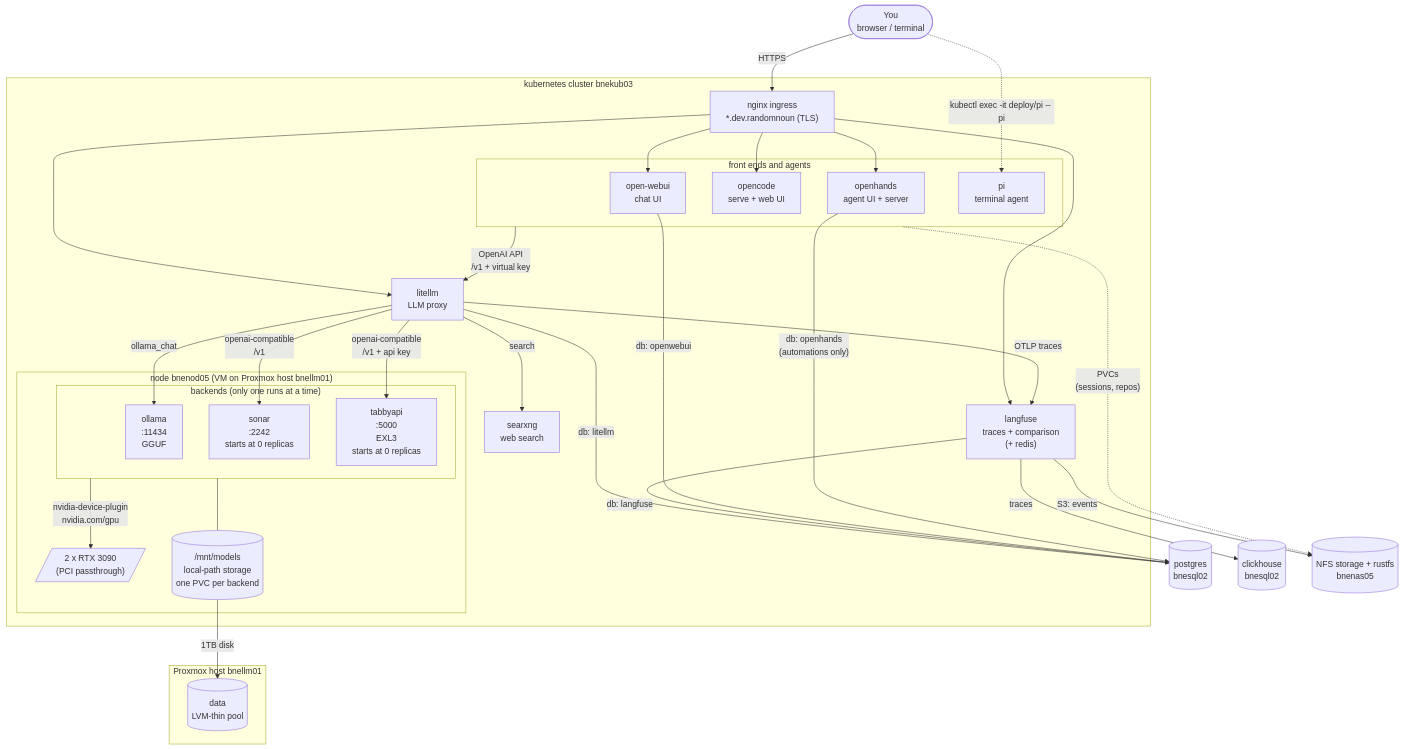
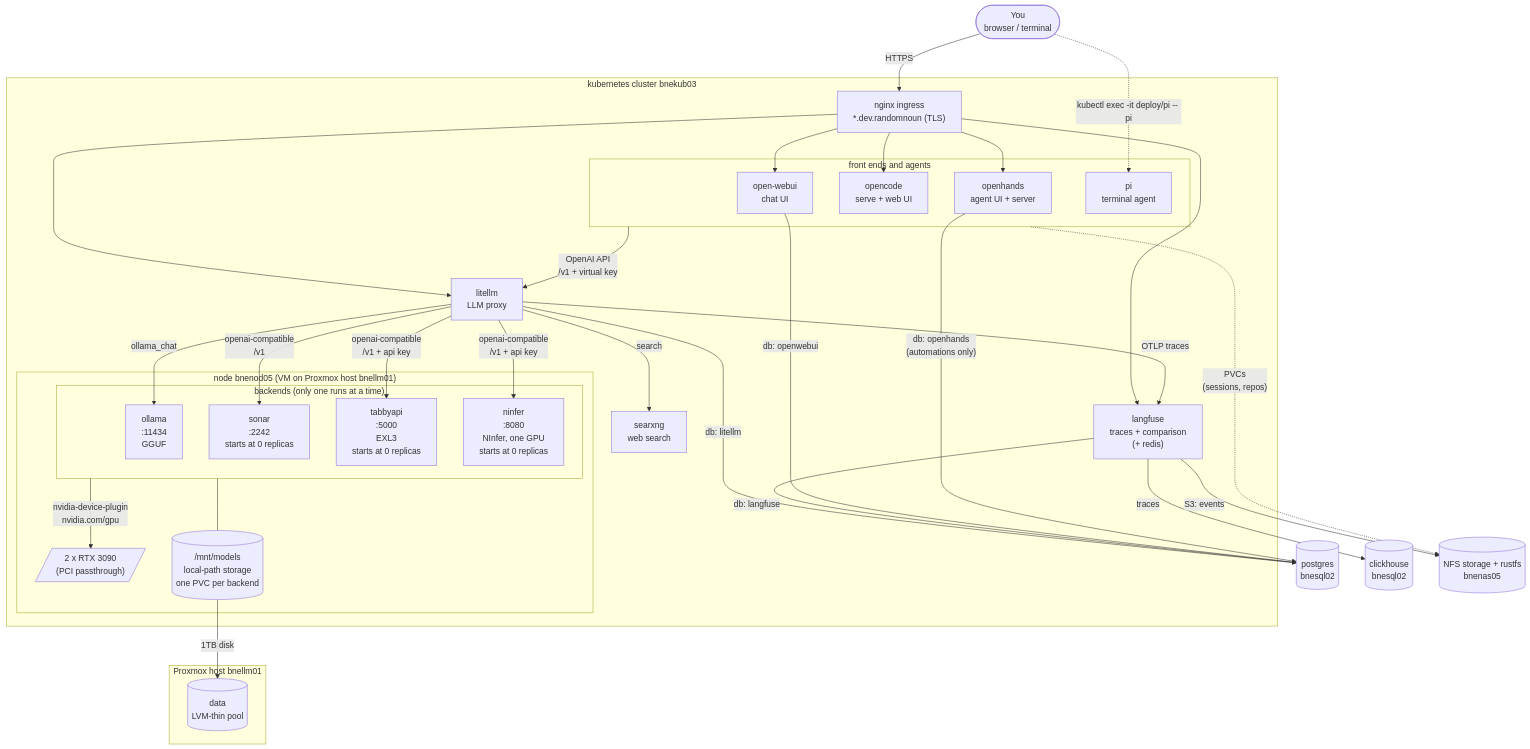
Before and after one commit to randomnoun/bookcase-ops: the diagram in setup/SETUP-LLM-ARCHITECTURE.md, drawn with Mermaid. The commit also changed other lines of this file and 2 other files, not shown here.

Commit message:
ninfer docs

````diff
--- a/setup/SETUP-LLM-ARCHITECTURE.md
+++ b/setup/SETUP-LLM-ARCHITECTURE.md
@@ -7,65 +7,67 @@
 ```mermaid
 flowchart TB
     user(["You<br/>browser / terminal"])
 
     subgraph k8s ["kubernetes cluster bnekub03"]
         ingress["nginx ingress<br/>*.dev.randomnoun (TLS)"]
 
         subgraph agents ["front ends and agents"]
             openwebui["open-webui<br/>chat UI"]
             opencode["opencode<br/>serve + web UI"]
             openhands["openhands<br/>agent UI + server"]
             pi["pi<br/>terminal agent"]
         end
 
         litellm["litellm<br/>LLM proxy"]
         langfuse["langfuse<br/>traces + comparison<br/>(+ redis)"]
         searxng["searxng<br/>web search"]
 
         subgraph bnenod05 ["node bnenod05 (VM on Proxmox host bnellm01)"]
             subgraph backends ["backends (only one runs at a time)"]
                 ollama["ollama<br/>:11434<br/>GGUF"]
                 sonar["sonar<br/>:2242<br/>starts at 0 replicas"]
                 tabbyapi["tabbyapi<br/>:5000<br/>EXL3<br/>starts at 0 replicas"]
+                ninfer["ninfer<br/>:8080<br/>NInfer, one GPU<br/>starts at 0 replicas"]
             end
             gpus[/"2 x RTX 3090<br/>(PCI passthrough)"/]
             models[("/mnt/models<br/>local-path storage<br/>one PVC per backend")]
         end
     end
 
     subgraph bnellm01 ["Proxmox host bnellm01"]
         thin[("data<br/>LVM-thin pool")]
     end
 
     pg[("postgres<br/>bnesql02")]
     ch[("clickhouse<br/>bnesql02")]
     nfs[("NFS storage + rustfs<br/>bnenas05")]
 
     user -->|HTTPS| ingress
     user -.->|"kubectl exec -it deploy/pi -- pi"| pi
 
     ingress --> openwebui
     ingress --> opencode
     ingress --> openhands
     ingress --> litellm
     ingress --> langfuse
 
     agents -->|"OpenAI API<br/>/v1 + virtual key"| litellm
     litellm -->|"ollama_chat"| ollama
     litellm -->|"openai-compatible<br/>/v1"| sonar
     litellm -->|"openai-compatible<br/>/v1 + api key"| tabbyapi
+    litellm -->|"openai-compatible<br/>/v1 + api key"| ninfer
     litellm -->|"search"| searxng
     litellm -->|"OTLP traces"| langfuse
     backends -->|"nvidia-device-plugin<br/>nvidia.com/gpu"| gpus
     backends --- models
     models -->|"1TB disk"| thin
 
     litellm -->|"db: litellm"| pg
     langfuse -->|"db: langfuse"| pg
     langfuse -->|"traces"| ch
     langfuse -->|"S3: events"| nfs
     openwebui -->|"db: openwebui"| pg
     openhands -->|"db: openhands<br/>(automations only)"| pg
 
     agents -.->|"PVCs<br/>(sessions, repos)"| nfs
 ```
````
